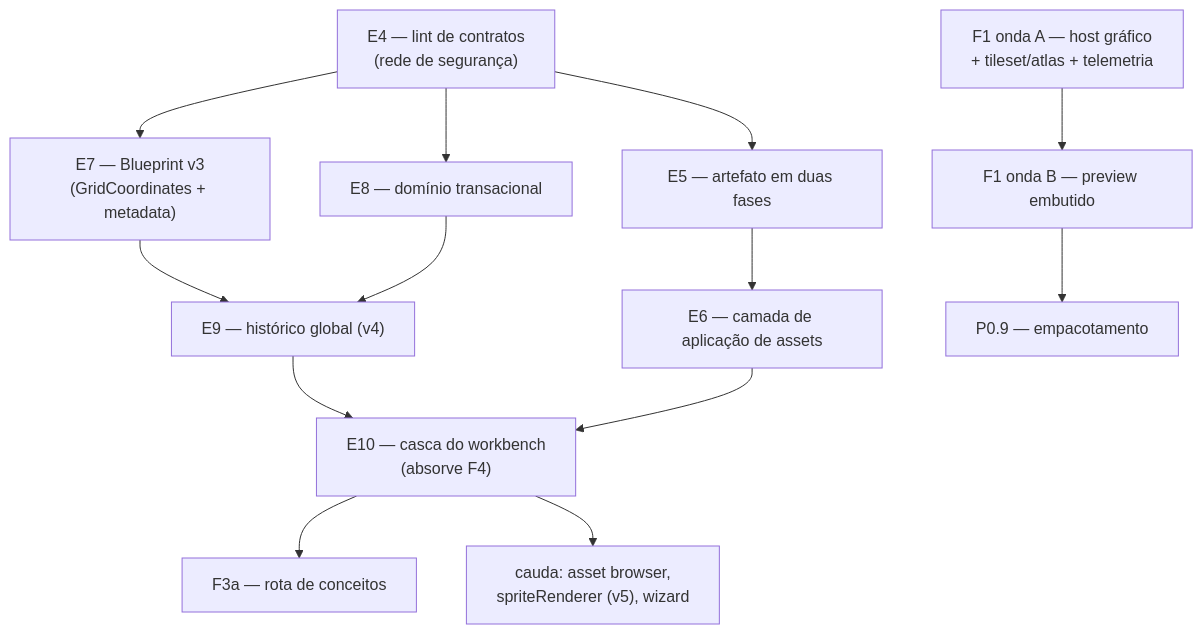
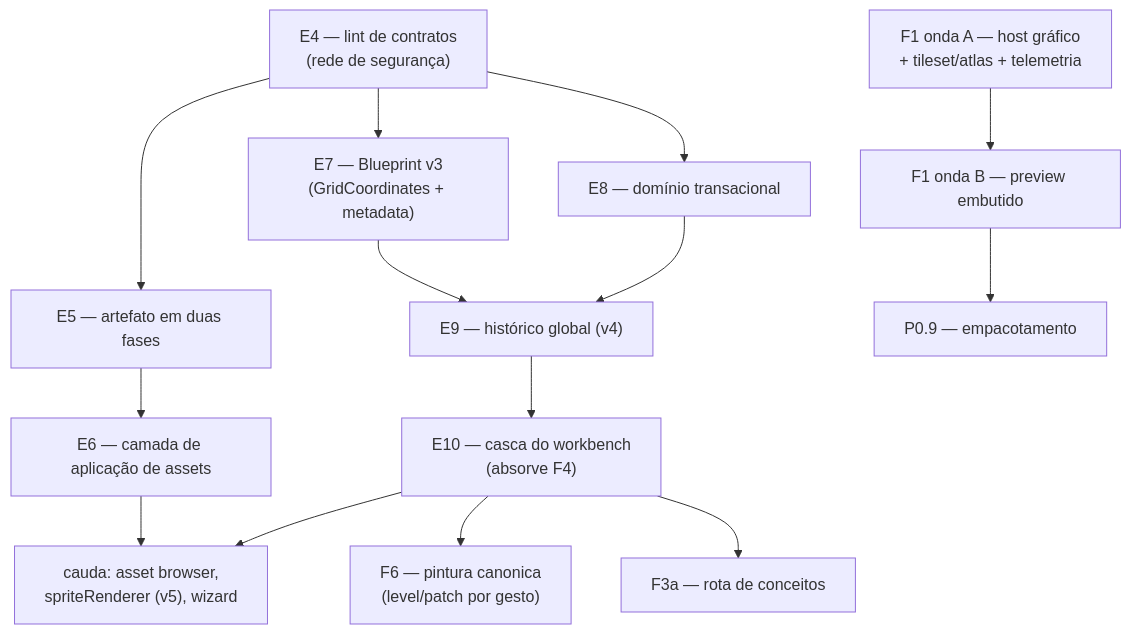
The diagram in docs/DEVELOPMENT-PLAN.md (flaviotinococoutinho/Gridsmith), drawn with Mermaid before and after one commit. The commit also changed other lines of this file and 25 other files, not shown here.

````diff
--- a/docs/DEVELOPMENT-PLAN.md
+++ b/docs/DEVELOPMENT-PLAN.md
@@ -238,15 +247,16 @@
 ```mermaid
 flowchart TD
   E4["E4 — lint de contratos<br/>(rede de segurança)"] --> E5["E5 — artefato em duas fases"]
   E4 --> E7["E7 — Blueprint v3<br/>(GridCoordinates + metadata)"]
   E4 --> E8["E8 — domínio transacional"]
   E5 --> E6["E6 — camada de aplicação de assets"]
   E7 --> E9["E9 — histórico global (v4)"]
   E8 --> E9
   E9 --> E10["E10 — casca do workbench<br/>(absorve F4)"]
-  E6 --> E10
+  E10 --> F6["F6 — pintura canonica<br/>(level/patch por gesto)"]
   E10 --> F3a["F3a — rota de conceitos"]
-  E10 --> CAUDA["cauda: asset browser,<br/>spriteRenderer (v5), wizard"]
+  E6 --> CAUDA["cauda: asset browser,<br/>spriteRenderer (v5), wizard"]
+  E10 --> CAUDA
   F1A["F1 onda A — host gráfico<br/>+ tileset/atlas + telemetria"] --> F1B["F1 onda B — preview embutido"]
   F1B --> P09["P0.9 — empacotamento"]
 ```
````
